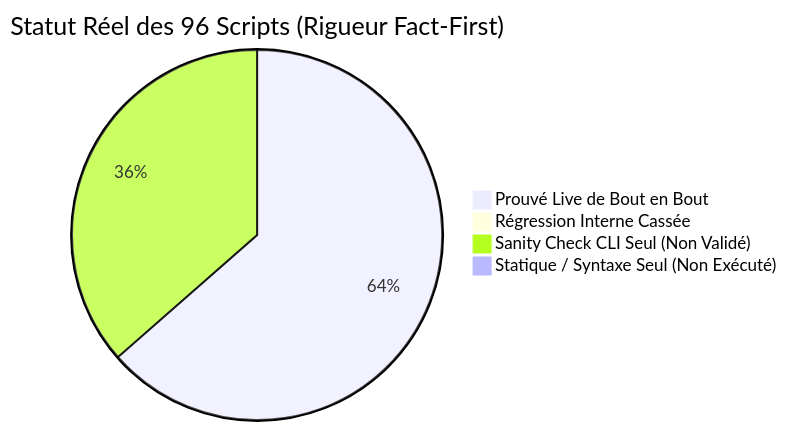
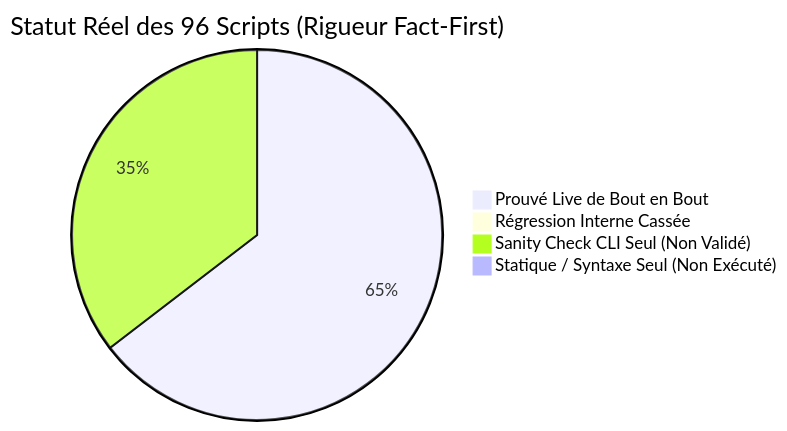
One commit to yoyonel/pydbsrt changed the diagram in docs/reference/2026-11-10-audit-exhaustif-scripts-regressions.md. Above: the diagram before and after it, drawn with Mermaid. The commit also changed other lines of this file and 2 other files, not shown here.

First line of the commit message:
fix(tooling): dynamic root, repo cwd anchor and cli options in report type errors (#69)

````diff
--- a/docs/reference/2026-11-10-audit-exhaustif-scripts-regressions.md
+++ b/docs/reference/2026-11-10-audit-exhaustif-scripts-regressions.md
@@ -16,7 +16,7 @@
 ```mermaid
 pie title Statut Réel des 96 Scripts (Rigueur Fact-First)
-    "Prouvé Live de Bout en Bout" : 61
+    "Prouvé Live de Bout en Bout" : 62
     "Régression Interne Cassée" : 0
-    "Sanity Check CLI Seul (Non Validé)" : 35
+    "Sanity Check CLI Seul (Non Validé)" : 34
     "Statique / Syntaxe Seul (Non Exécuté)" : 0
 ```
````
